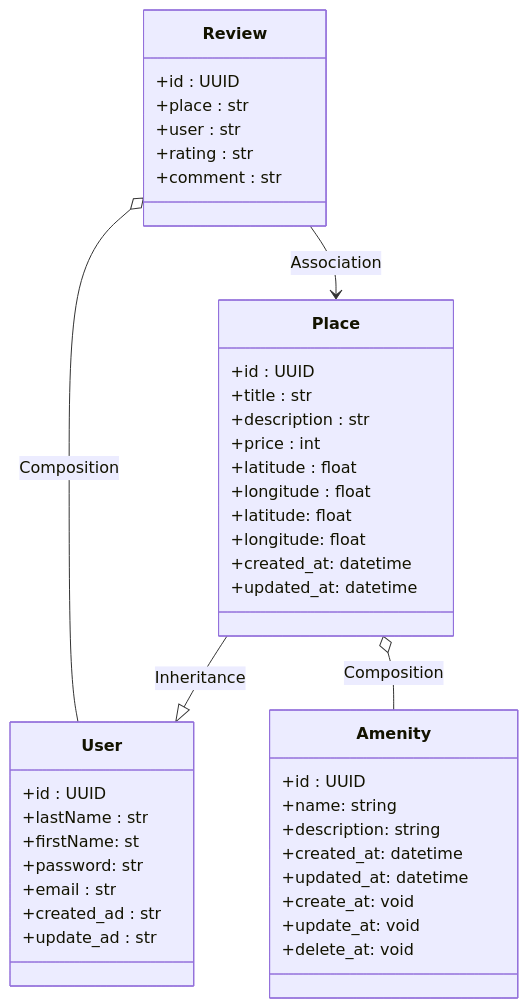
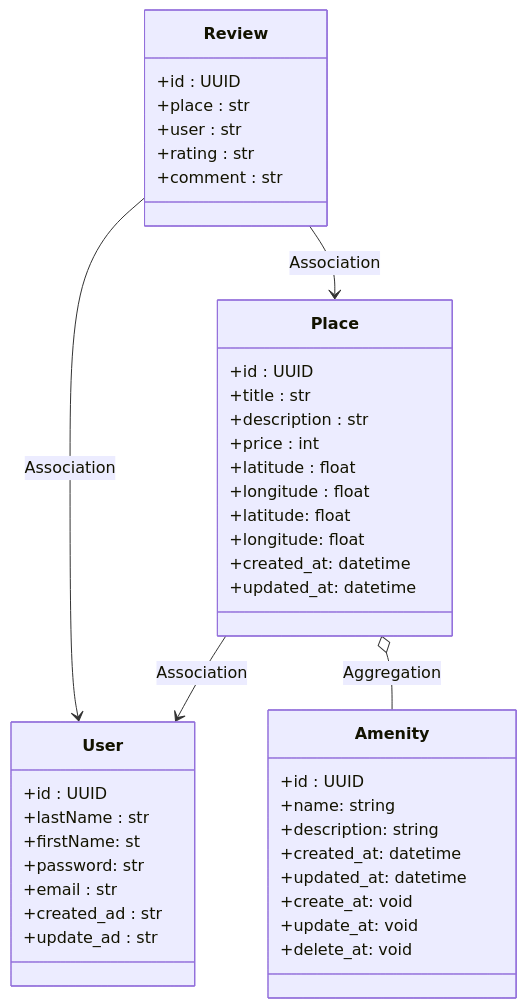
The diagram in part1/Task1/Datailed_class_Diagram.mmd (Nordine000/holbertonschool-hbnb), drawn with Mermaid before and after one commit.

```diff
--- a/part1/Task1/Datailed_class_Diagram.mmd
+++ b/part1/Task1/Datailed_class_Diagram.mmd
@@ -1,44 +1,44 @@
 classDiagram
     class User {
         +id : UUID
         +lastName : str
         +firstName: st
         +password: str
         +email : str
         +created_ad : str
         +update_ad : str
 }
     class Place {
         +id : UUID
         +title : str
         +description : str
         +price : int
         +latitude : float
         +longitude : float
         +latitude: float
         +longitude: float
         +created_at: datetime
         +updated_at: datetime
 }
     class Review {
         +id : UUID
         +place : str
         +user : str
         +rating : str
         +comment : str
 }
     class Amenity {
         +id : UUID
         +name: string
         +description: string
         +created_at: datetime
         +updated_at: datetime
         +create_at: void
         +update_at: void
         +delete_at: void
 }
 
-Place --|> User : Inheritance
-Review o-- User : Composition
+Place --> User : Association
+Review --> User : Association
 Review --> Place : Association
-Place o-- Amenity : Composition
+Place o-- Amenity : Aggregation
```
